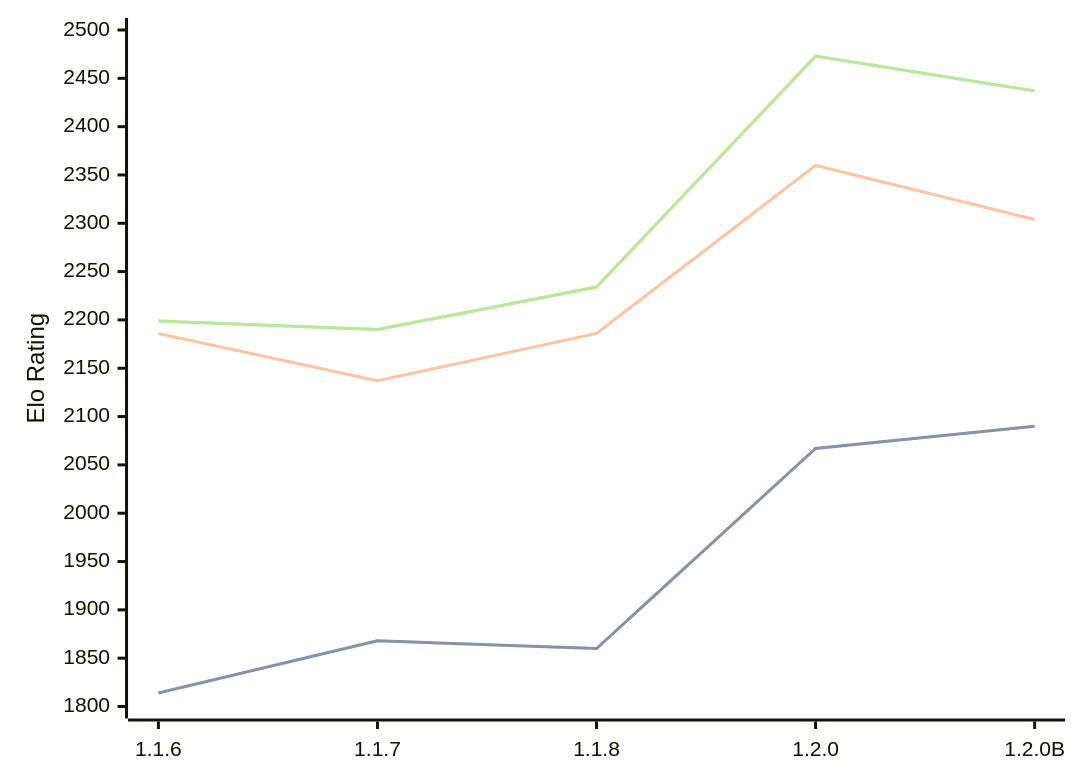
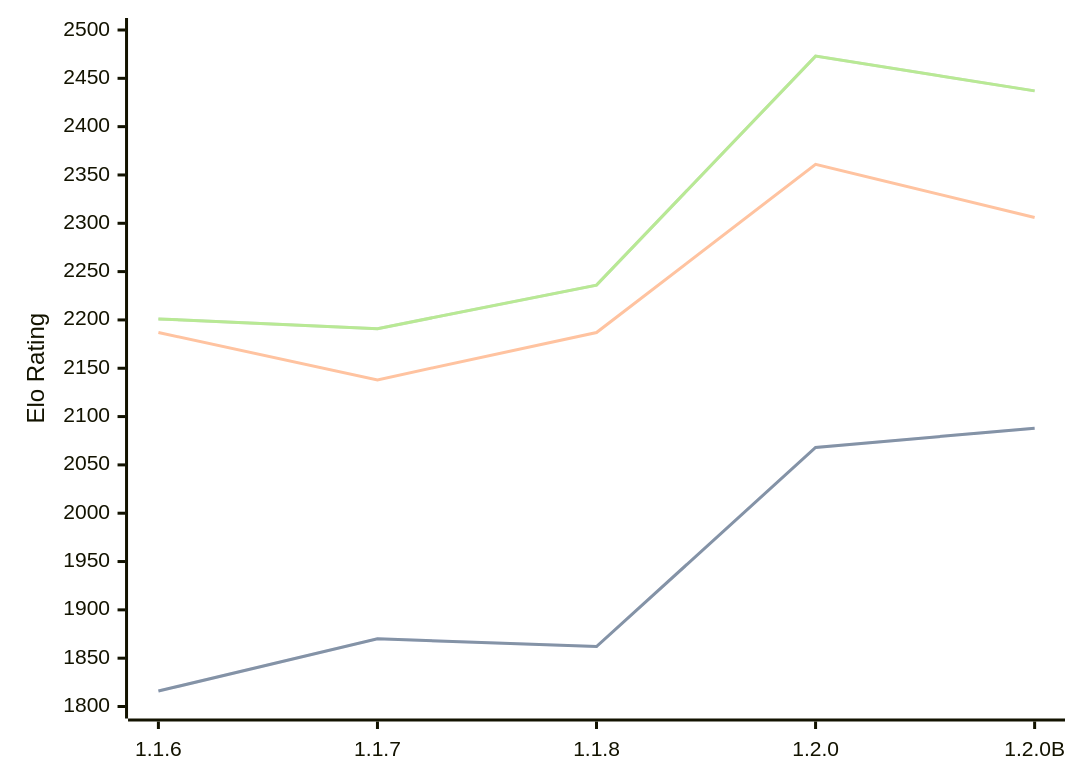
The diagram in engines/Soomi.md (computer-chess-index/cci), drawn with Mermaid before and after one commit. The commit also changed other lines of this file, not shown here.

Commit message:
Update CCI Ratings (ELO VLTC) - 2026-05-01

````diff
--- a/engines/Soomi.md
+++ b/engines/Soomi.md
@@ -35,11 +35,11 @@
 ```mermaid
 %%{init: {"theme":"base","themeVariables":{"seriesColors:['#a3a3a3','#222221','#faa371']}}}%%
 xychart-beta
   x-axis ["1.1.6", "1.1.7", "1.1.8", "1.2.0", "1.2.0B"]
   y-axis "Elo Rating" 1800 --> 2500
-  line "STC (8.0+0.08s)" [1814, 1868, 1860, 2067, 2090]
-  line "STC (8.0+0.08s)" [1814, 1868, 1860, 2067, 2090]
-  line "LTC (60.0+0.60s)" [2186, 2137, 2186, 2360, 2304]
-  line "VLTC (2m24s+1.12s)" [2199, 2190, 2234, 2473, 2437]
-  line "VLTC (2m24s+1.12s)" [2199, 2190, 2234, 2473, 2437]
+  line "STC (8.0+0.08s)" [1816, 1870, 1862, 2068, 2088]
+  line "STC (8.0+0.08s)" [1816, 1870, 1862, 2068, 2088]
+  line "LTC (60.0+0.60s)" [2187, 2138, 2187, 2361, 2306]
+  line "VLTC (2m24s+1.12s)" [2201, 2191, 2236, 2473, 2437]
+  line "VLTC (2m24s+1.12s)" [2201, 2191, 2236, 2473, 2437]
 ```
````
